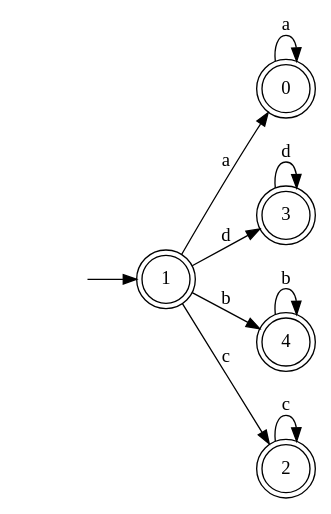
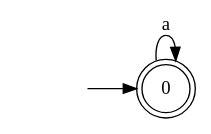
Before and after one commit to Faymiaouent/Automa4U: the diagram in dotfiles/frdfa18.dot, drawn with Graphviz. The commit also changed 86 other files, not shown here.

```diff
--- a/dotfiles/frdfa18.dot
+++ b/dotfiles/frdfa18.dot
@@ -1,18 +1,7 @@
 digraph Automaton {
   rankdir = LR;
 0 [shape=doublecircle]; 
+  initial [shape=plaintext,label=""];
+  initial -> 0
   0 -> 0 [label="a"];
-1 [shape=doublecircle]; 
-  initial [shape=plaintext,label=""];
-  initial -> 1
-  1 -> 3 [label="d"];
-  1 -> 0 [label="a"];
-  1 -> 4 [label="b"];
-  1 -> 2 [label="c"];
-2 [shape=doublecircle]; 
-  2 -> 2 [label="c"];
-3 [shape=doublecircle]; 
-  3 -> 3 [label="d"];
-4 [shape=doublecircle]; 
-  4 -> 4 [label="b"];
 }
```
